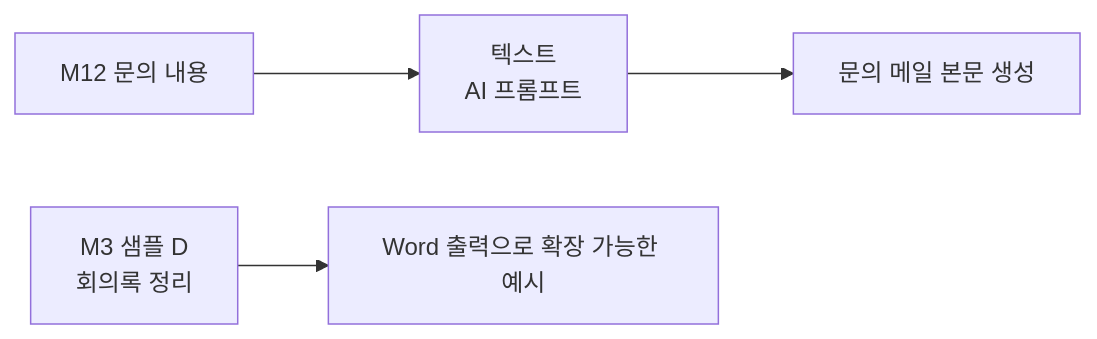
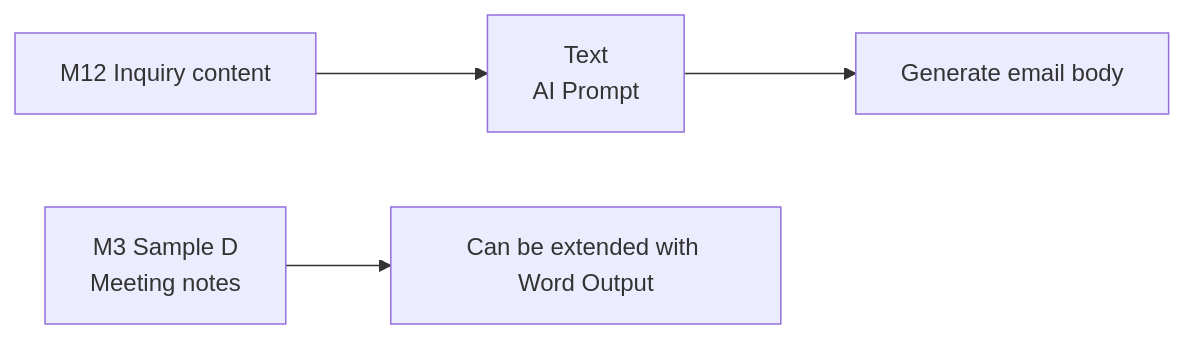
One commit to microsoft/easycopilotlab changed the diagram in docs/m13-ai-prompt.md. Above: the diagram before and after it, drawn with Mermaid. The commit also changed other lines of this file and 41 other files, not shown here.

````diff
--- a/docs/m13-ai-prompt.md
+++ b/docs/m13-ai-prompt.md
@@ -114,6 +114,6 @@
 ```mermaid
 graph LR
-    A[M12 문의 내용] --> B[텍스트<br>AI 프롬프트]
-    B --> C[문의 메일 본문 생성]
-    D[M3 샘플 D<br>회의록 정리] --> E[Word 출력으로 확장 가능한 예시]
+    A[M12 Inquiry content] --> B[Text<br>AI Prompt]
+    B --> C[Generate email body]
+    D[M3 Sample D<br>Meeting notes] --> E[Can be extended with Word Output]
 ```
````
